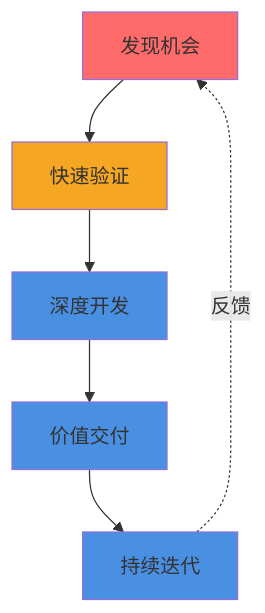
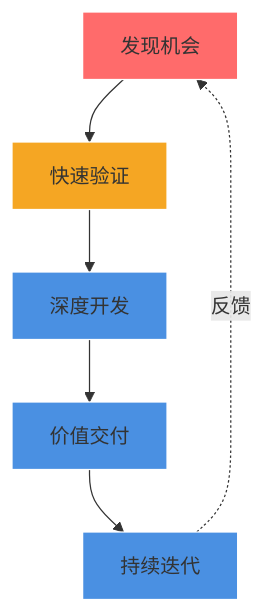
Before and after one commit to lobster-journey/lobster-journey: the eighth of 10 diagrams in README.md, drawn with Mermaid. The commit also changed other lines of this file, not shown here.

````diff
--- a/README.md
+++ b/README.md
@@ -448,14 +883,15 @@
 ```mermaid
 graph TB
     A[发现机会] --> B[快速验证]
     B --> C[深度开发]
     C --> D[价值交付]
     D --> E[持续迭代]
+
     E -.反馈.-> A
-    
-    style A fill:#FF6B6B
-    style B fill:#F5A623
-    style C fill:#4A90E2
-    style D fill:#4A90E2
-    style E fill:#4A90E2
+
+    style A fill:#FF6B6B,stroke:#fff
+    style B fill:#F5A623,stroke:#fff
+    style C fill:#4A90E2,stroke:#fff
+    style D fill:#4A90E2,stroke:#fff
+    style E fill:#4A90E2,stroke:#fff
 ```
````
